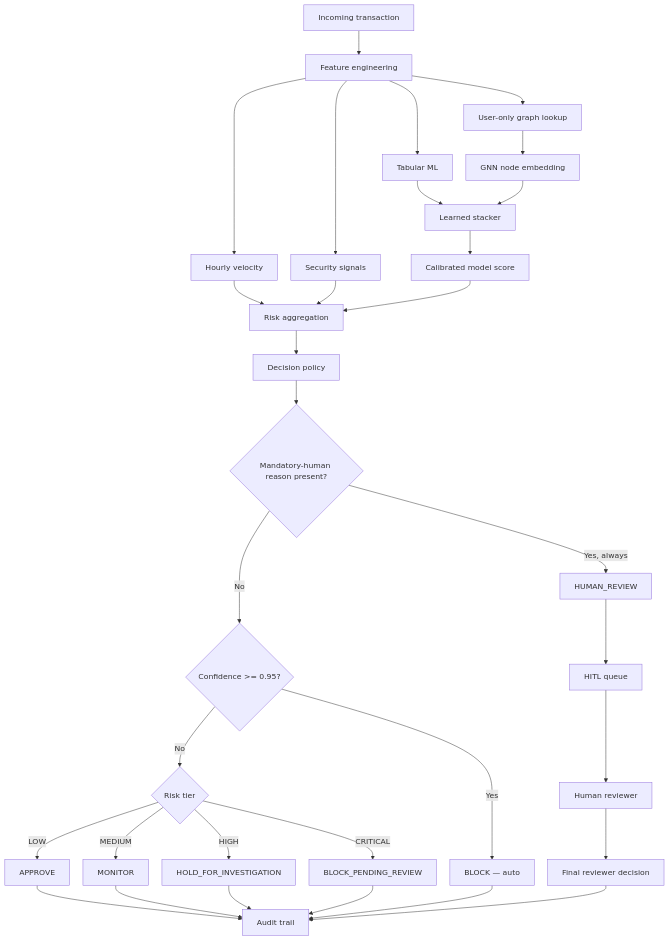
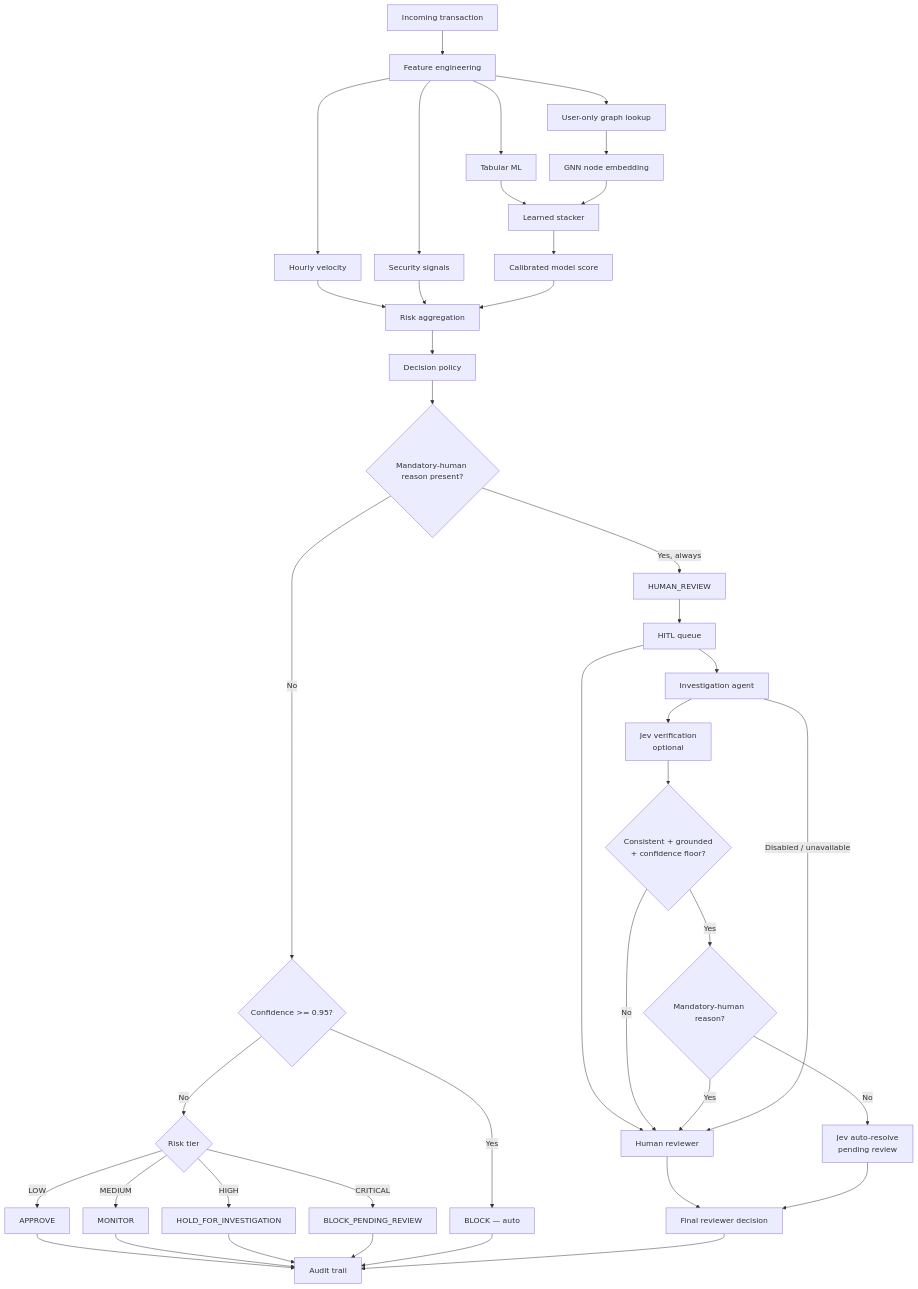
The diagram in docs/diagrams/transaction-flow.mmd (Dikshu015/RazorRisk-Agentic-AI-Payment-Fraud-Risk-Investigation-Platform), drawn with Mermaid before and after one commit.

Commit message:
Update transaction flow for Jev

```diff
--- a/docs/diagrams/transaction-flow.mmd
+++ b/docs/diagrams/transaction-flow.mmd
@@ -1,33 +1,42 @@
 %%{init: {'flowchart': {'nodeSpacing': 28, 'rankSpacing': 50}}}%%
 flowchart TB
     T[Incoming transaction] --> F[Feature engineering]
     F --> V[Hourly velocity]
     F --> S[Security signals]
     F --> TM[Tabular ML]
     F --> G[User-only graph lookup]
     G --> GN[GNN node embedding]
     TM --> ST[Learned stacker]
     GN --> ST
     ST --> CS[Calibrated model score]
     V --> RA[Risk aggregation]
     S --> RA
     CS --> RA
     RA --> P[Decision policy]
     P --> M{Mandatory-human reason present?}
     M -->|Yes, always| R[HUMAN_REVIEW]
     M -->|No| C{Confidence >= 0.95?}
     C -->|Yes| B[BLOCK — auto]
     C -->|No| TIER{Risk tier}
     TIER -->|LOW| A[APPROVE]
     TIER -->|MEDIUM| MON[MONITOR]
     TIER -->|HIGH| HOLD[HOLD_FOR_INVESTIGATION]
     TIER -->|CRITICAL| BPR[BLOCK_PENDING_REVIEW]
     R --> Q[HITL queue]
     Q --> HR[Human reviewer]
+    Q --> I[Investigation agent]
+    I --> J[Jev verification<br/>optional]
+    J --> JV{Consistent + grounded<br/>+ confidence floor?}
+    JV -->|No| HR
+    JV -->|Yes| MH{Mandatory-human reason?}
+    MH -->|Yes| HR
+    MH -->|No| AR[Jev auto-resolve<br/>pending review]
+    I -->|Disabled / unavailable| HR
     HR --> D[Final reviewer decision]
+    AR --> D
     A --> AU[Audit trail]
     MON --> AU
     HOLD --> AU
     BPR --> AU
     B --> AU
     D --> AU
```
